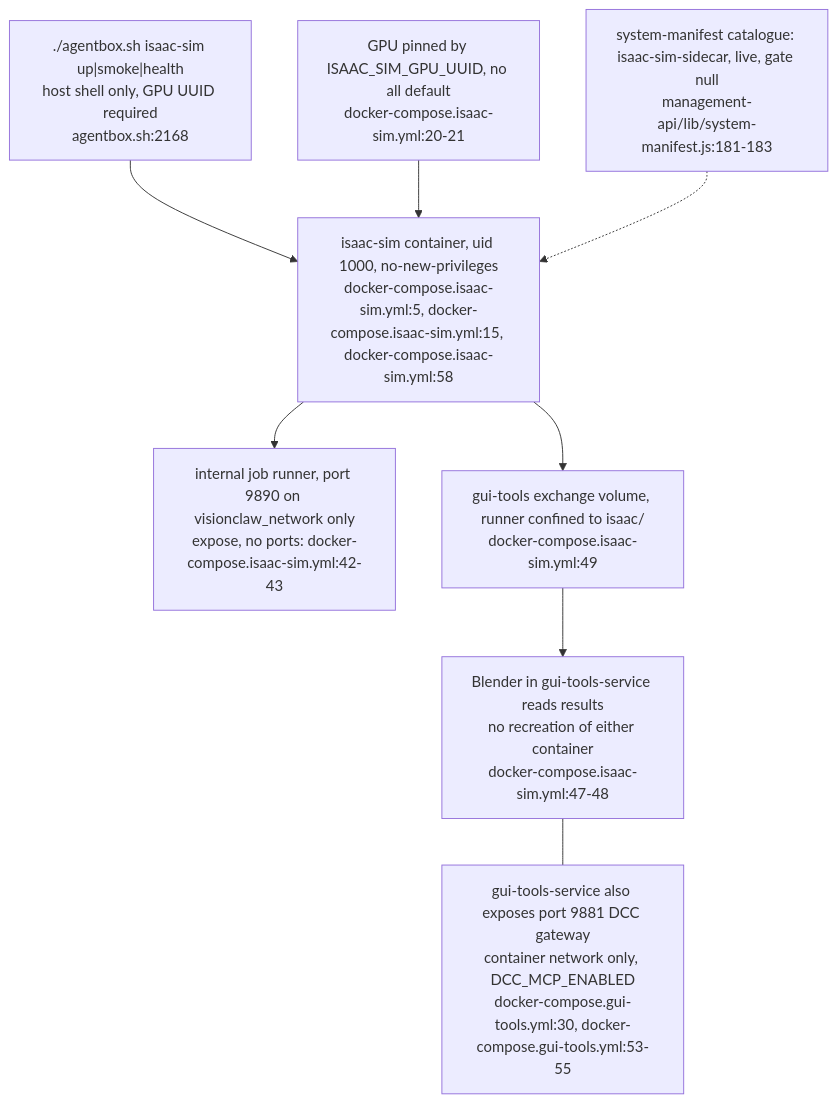
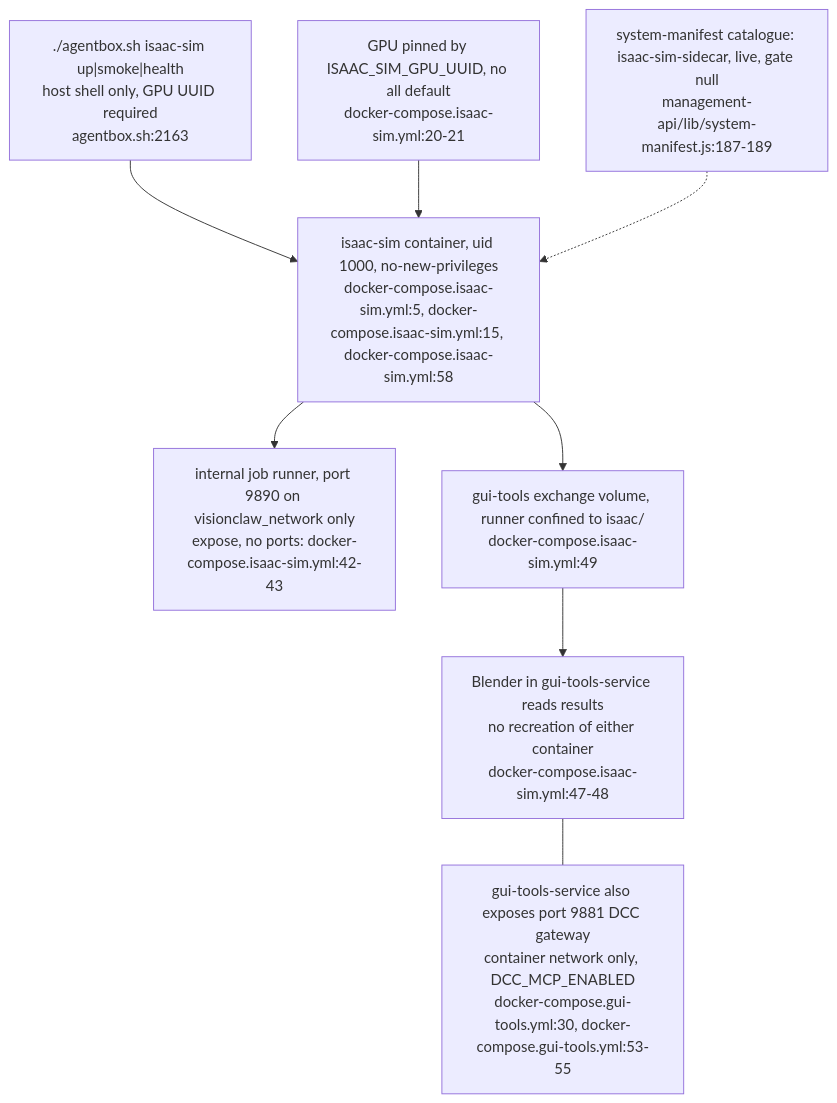
Before and after one commit to DreamLab-AI/VisionFlow: diagram 14 of 14 in docs/diagrams/agentbox/27-media-gpu-capability-services.md, drawn with Mermaid. The commit also changed other lines of this file and 5 other files, not shown here.

````diff
--- a/docs/diagrams/agentbox/27-media-gpu-capability-services.md
+++ b/docs/diagrams/agentbox/27-media-gpu-capability-services.md
@@ -543,18 +556,18 @@
 ```mermaid
 flowchart TB
-    CLI["./agentbox.sh isaac-sim up|smoke|health<br/>host shell only, GPU UUID required<br/>agentbox.sh:2168"]
+    CLI["./agentbox.sh isaac-sim up|smoke|health<br/>host shell only, GPU UUID required<br/>agentbox.sh:2163"]
     SVC["isaac-sim container, uid 1000, no-new-privileges<br/>docker-compose.isaac-sim.yml:5, docker-compose.isaac-sim.yml:15, docker-compose.isaac-sim.yml:58"]
     GPU["GPU pinned by ISAAC_SIM_GPU_UUID, no all default<br/>docker-compose.isaac-sim.yml:20-21"]
     RUN["internal job runner, port 9890 on visionclaw_network only<br/>expose, no ports: docker-compose.isaac-sim.yml:42-43"]
     VOL["gui-tools exchange volume, runner confined to isaac/<br/>docker-compose.isaac-sim.yml:49"]
     BLD["Blender in gui-tools-service reads results<br/>no recreation of either container<br/>docker-compose.isaac-sim.yml:47-48"]
     DCC["gui-tools-service also exposes port 9881 DCC gateway<br/>container network only, DCC_MCP_ENABLED<br/>docker-compose.gui-tools.yml:30, docker-compose.gui-tools.yml:53-55"]
-    CAT["system-manifest catalogue: isaac-sim-sidecar, live, gate null<br/>management-api/lib/system-manifest.js:181-183"]
+    CAT["system-manifest catalogue: isaac-sim-sidecar, live, gate null<br/>management-api/lib/system-manifest.js:187-189"]
     CLI --> SVC
     GPU --> SVC
     SVC --> RUN
     SVC --> VOL
     VOL --> BLD
     BLD --- DCC
     CAT -.-> SVC
 ```
````
